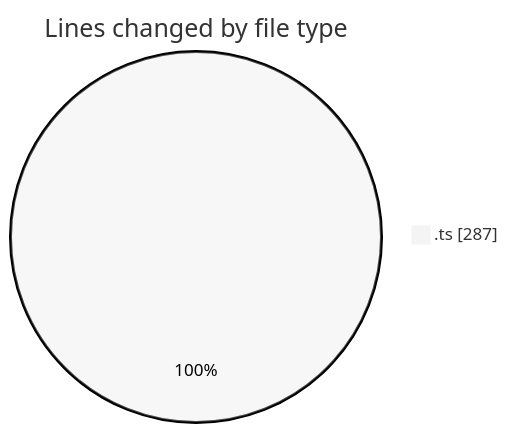
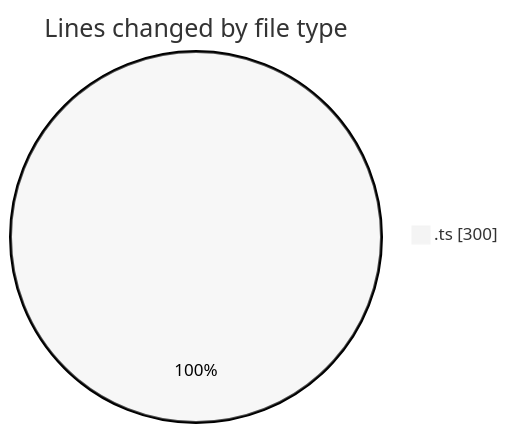
One commit to momahboobian/code-tracking changed the first of 2 diagrams in 2025-08-01/cda/README.md. Above: the diagram before and after it, drawn with Mermaid (neutral theme). The commit also changed other lines of this file and 1 other file, not shown here.

````diff
--- a/2025-08-01/cda/README.md
+++ b/2025-08-01/cda/README.md
@@ -20,5 +20,5 @@
 ```mermaid
 pie showData
 title Lines changed by file type
-".ts" : 287
+".ts" : 300
 ```
````
